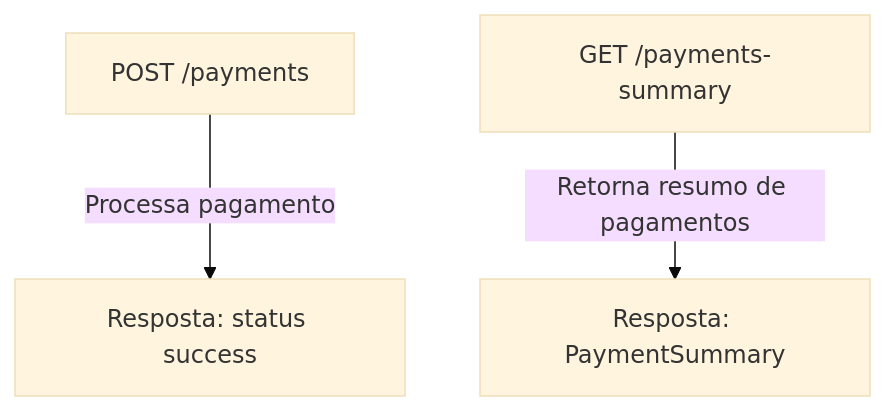
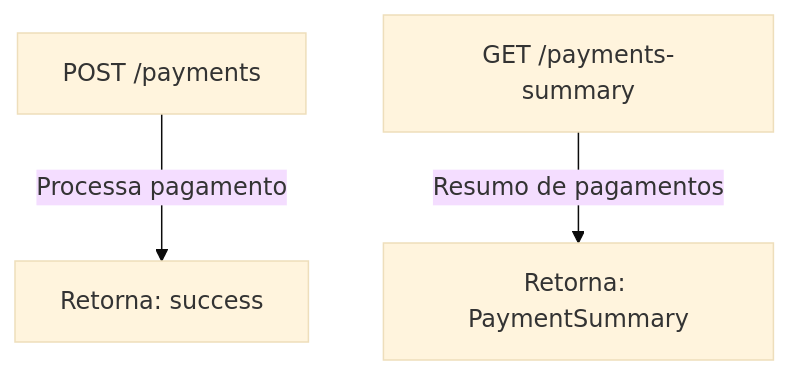
Before and after one commit to zsantana/rinha-de-backend-2025: the diagram in participantes/jjeanjacques10/README.md, drawn with Mermaid (base theme). The commit also changed other lines of this file and 5 other files, not shown here.

````diff
--- a/participantes/jjeanjacques10/README.md
+++ b/participantes/jjeanjacques10/README.md
@@ -107,5 +115,5 @@
 ```mermaid
 graph TD
-    A[POST /payments] -->|Processa pagamento| B[Resposta: status success]
-    C[GET /payments-summary] -->|Retorna resumo de pagamentos| D[Resposta: PaymentSummary]
+    A[POST /payments] -->|Processa pagamento| B[Retorna: success]
+    C[GET /payments-summary] -->|Resumo de pagamentos| D[Retorna: PaymentSummary]
 ```
````
